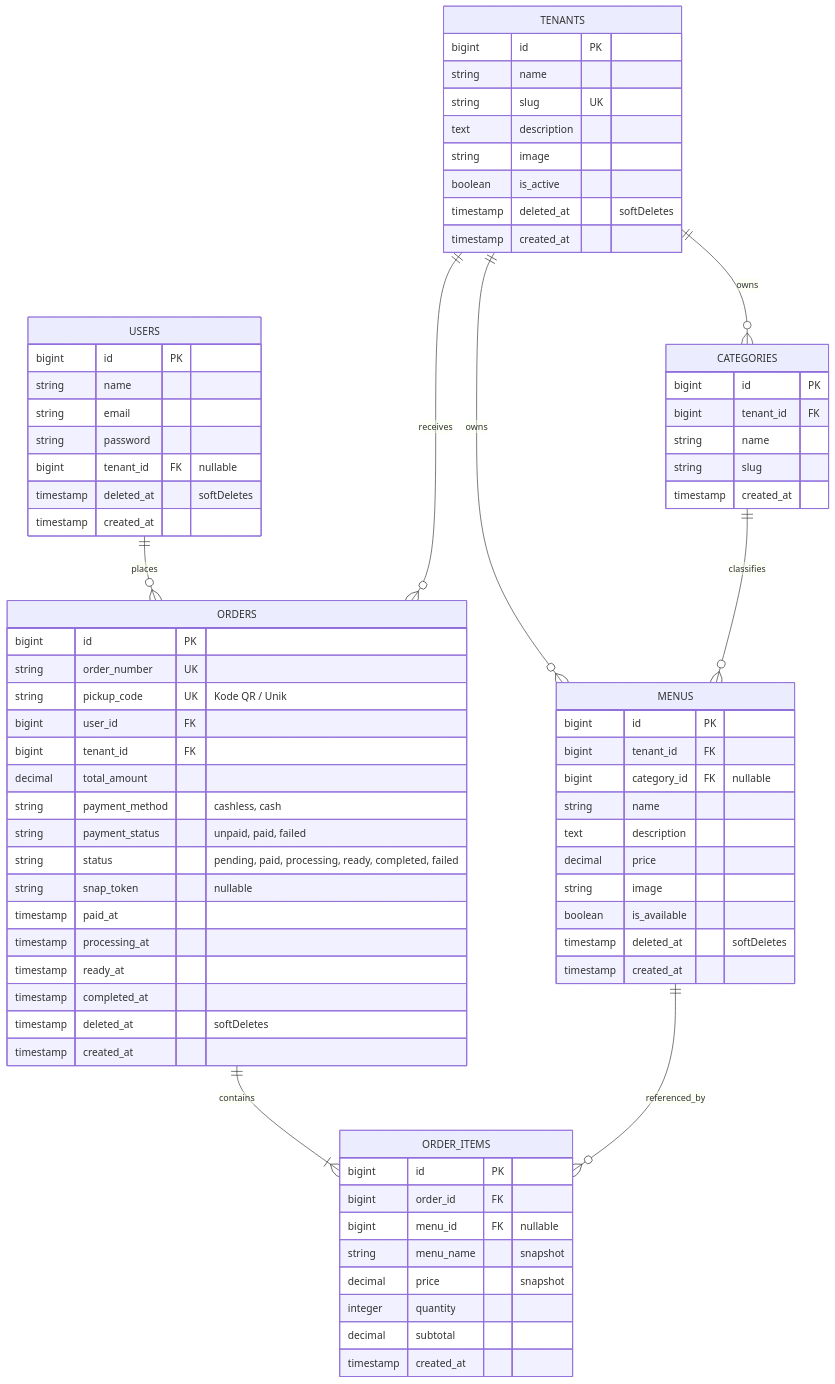
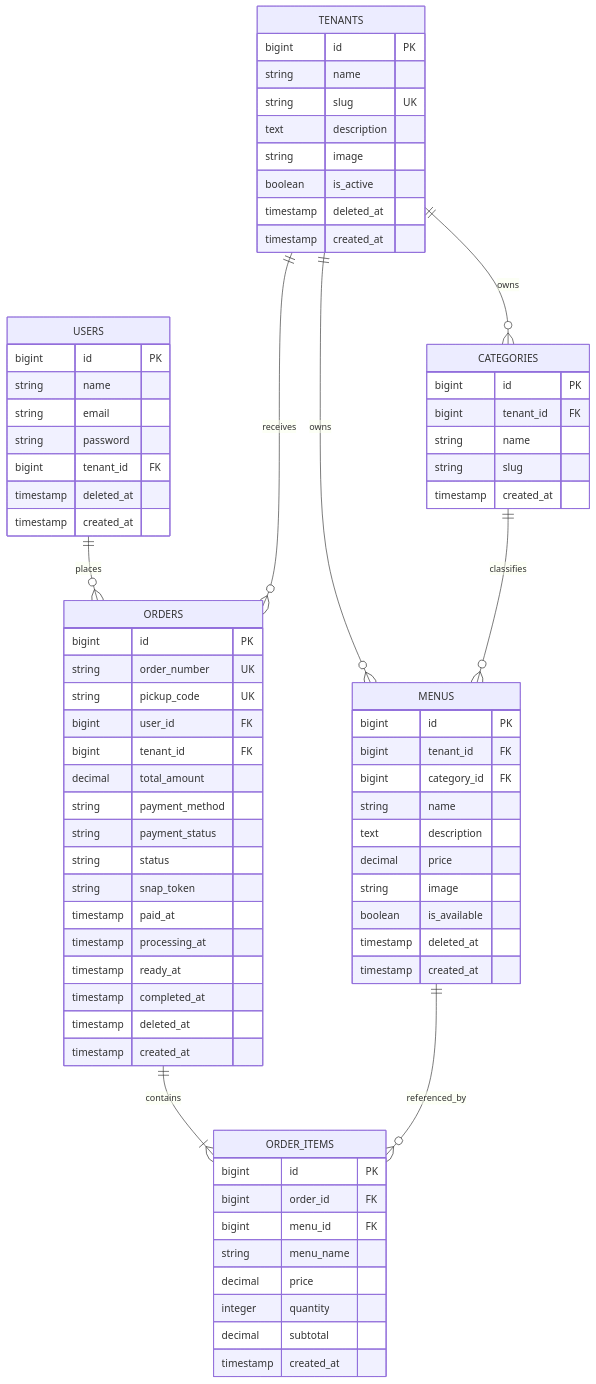
One commit to Hnzsama/smart_canteen changed the diagram in docs/08-data-model.md. Above: the diagram before and after it, drawn with Mermaid. The commit also changed 6 other files, not shown here.

Commit message:
fix(docs): enlarge Mermaid diagrams and add .nojekyll for GitHub Pages

````diff
--- a/docs/08-data-model.md
+++ b/docs/08-data-model.md
@@ -9,82 +9,82 @@
 ```mermaid
 erDiagram
     USERS ||--o{ ORDERS : "places"
     TENANTS ||--o{ MENUS : "owns"
     TENANTS ||--o{ CATEGORIES : "owns"
     TENANTS ||--o{ ORDERS : "receives"
     CATEGORIES ||--o{ MENUS : "classifies"
     ORDERS ||--|{ ORDER_ITEMS : "contains"
     MENUS ||--o{ ORDER_ITEMS : "referenced_by"
 
     USERS {
         bigint id PK
         string name
         string email
         string password
-        bigint tenant_id FK "nullable"
-        timestamp deleted_at "softDeletes"
+        bigint tenant_id FK
+        timestamp deleted_at
         timestamp created_at
     }
 
     TENANTS {
         bigint id PK
         string name
         string slug UK
         text description
         string image
         boolean is_active
-        timestamp deleted_at "softDeletes"
+        timestamp deleted_at
         timestamp created_at
     }
 
     CATEGORIES {
         bigint id PK
         bigint tenant_id FK
         string name
         string slug
         timestamp created_at
     }
 
     MENUS {
         bigint id PK
         bigint tenant_id FK
-        bigint category_id FK "nullable"
+        bigint category_id FK
         string name
         text description
         decimal price
         string image
         boolean is_available
-        timestamp deleted_at "softDeletes"
+        timestamp deleted_at
         timestamp created_at
     }
 
     ORDERS {
         bigint id PK
         string order_number UK
-        string pickup_code UK "Kode QR / Unik"
+        string pickup_code UK
         bigint user_id FK
         bigint tenant_id FK
         decimal total_amount
-        string payment_method "cashless, cash"
-        string payment_status "unpaid, paid, failed"
-        string status "pending, paid, processing, ready, completed, failed"
-        string snap_token "nullable"
+        string payment_method
+        string payment_status
+        string status
+        string snap_token
         timestamp paid_at
         timestamp processing_at
         timestamp ready_at
         timestamp completed_at
-        timestamp deleted_at "softDeletes"
+        timestamp deleted_at
         timestamp created_at
     }
 
     ORDER_ITEMS {
         bigint id PK
         bigint order_id FK
-        bigint menu_id FK "nullable"
-        string menu_name "snapshot"
-        decimal price "snapshot"
+        bigint menu_id FK
+        string menu_name
+        decimal price
         integer quantity
         decimal subtotal
         timestamp created_at
     }
 ```
````
